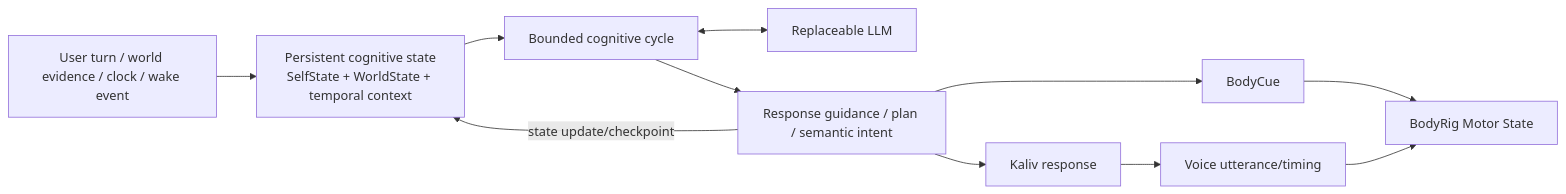
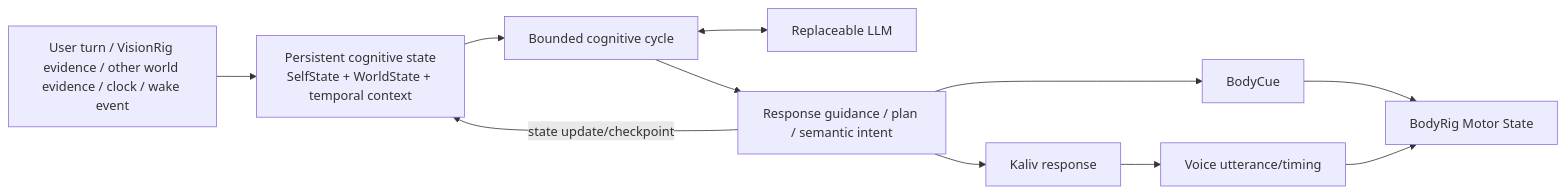
The second of 3 diagrams in docs/KALIV_SYSTEM_DEFINITION.md (Ternedal/ModelRig), drawn with Mermaid before and after one commit. The commit also changed other lines of this file, not shown here.

Commit message:
docs: add VisionRig authority to Kaliv system definition

````diff
--- a/docs/KALIV_SYSTEM_DEFINITION.md
+++ b/docs/KALIV_SYSTEM_DEFINITION.md
@@ -99,23 +102,23 @@
 ```mermaid
 flowchart LR
-    E["User turn / world evidence / clock / wake event"]
+    E["User turn / VisionRig evidence / other world evidence / clock / wake event"]
     S["Persistent cognitive state<br/>SelfState + WorldState + temporal context"]
     C["Bounded cognitive cycle"]
     M["Replaceable LLM"]
     O["Response guidance / plan / semantic intent"]
     R["Kaliv response"]
     B["BodyCue"]
     V["Voice utterance/timing"]
     MS["BodyRig Motor State"]
 
     E --> S
     S --> C
     C <--> M
     C --> O
     O --> R
     O --> B
     R --> V
     B --> MS
     V --> MS
     O -->|"state update/checkpoint"| S
 ```
````
